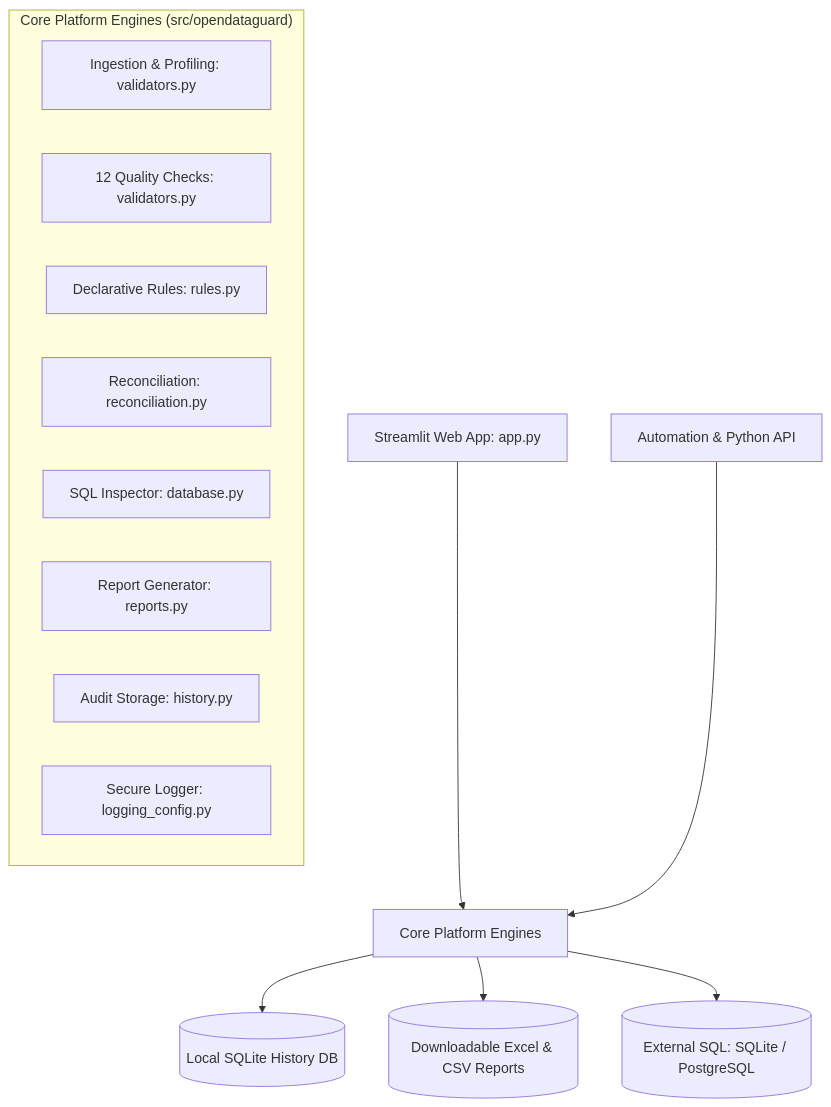
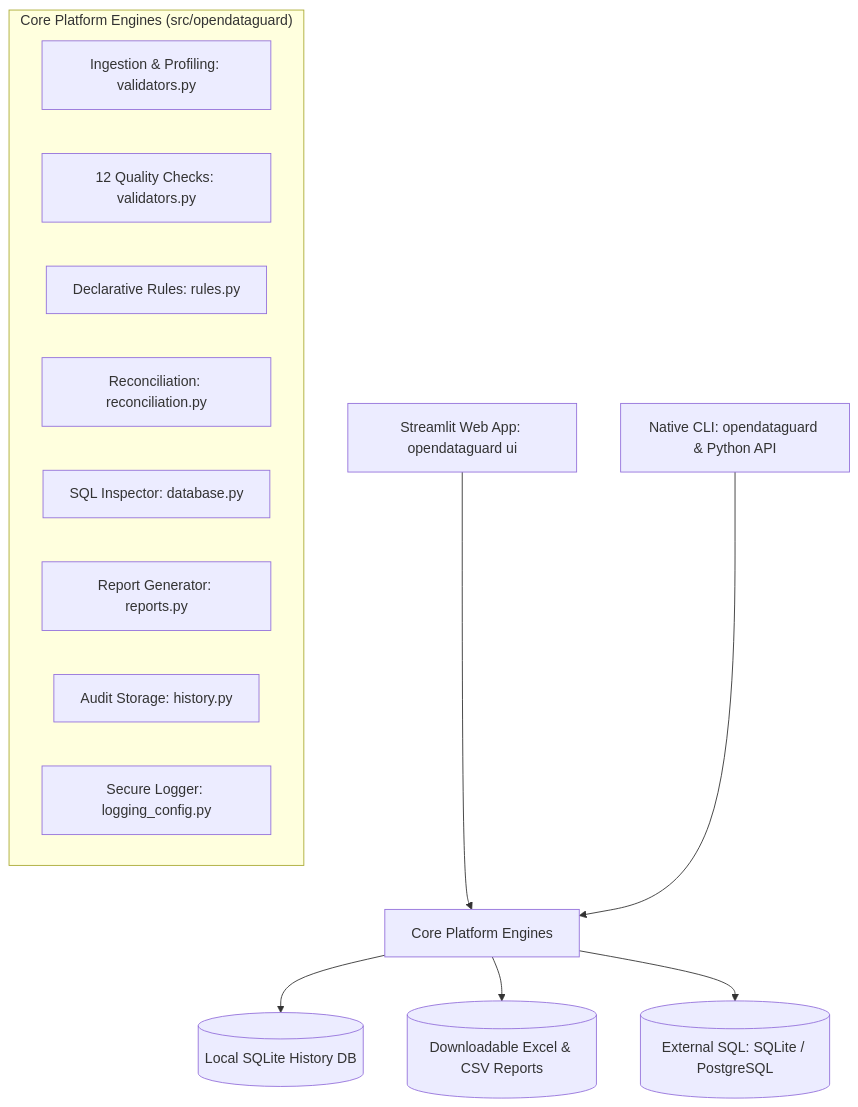
The diagram in docs/architecture.md (RushikeshAlase7879/OpenDataGuard), drawn with Mermaid before and after one commit. The commit also changed other lines of this file and 5 other files, not shown here.

Commit message:
docs: document native CLI and refresh onboarding

````diff
--- a/docs/architecture.md
+++ b/docs/architecture.md
@@ -9,20 +9,20 @@
 ```mermaid
 graph TD
-    UI[Streamlit Web App: app.py] --> Engine[Core Platform Engines]
-    CLI[Automation & Python API] --> Engine
+    UI[Streamlit Web App: opendataguard ui] --> Engine[Core Platform Engines]
+    CLI[Native CLI: opendataguard & Python API] --> Engine
 
     subgraph "Core Platform Engines (src/opendataguard)"
         Ingest[Ingestion & Profiling: validators.py]
         Validators[12 Quality Checks: validators.py]
         Rules[Declarative Rules: rules.py]
         Reconcile[Reconciliation: reconciliation.py]
         Database[SQL Inspector: database.py]
         Reports[Report Generator: reports.py]
         History[Audit Storage: history.py]
         Logging[Secure Logger: logging_config.py]
     end
 
     Engine --> DataStore[(Local SQLite History DB)]
     Engine --> ExcelCSV[(Downloadable Excel & CSV Reports)]
     Engine --> SQL[(External SQL: SQLite / PostgreSQL)]
 ```
````
